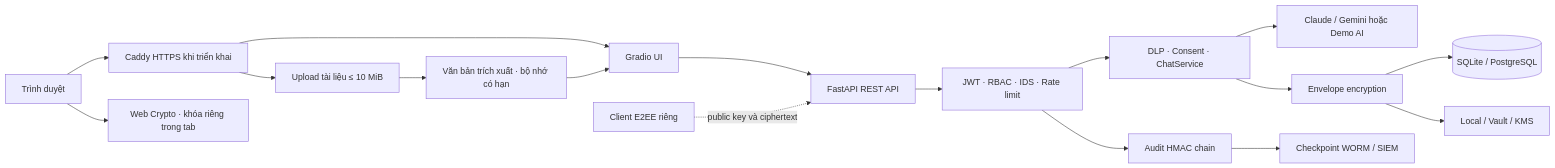
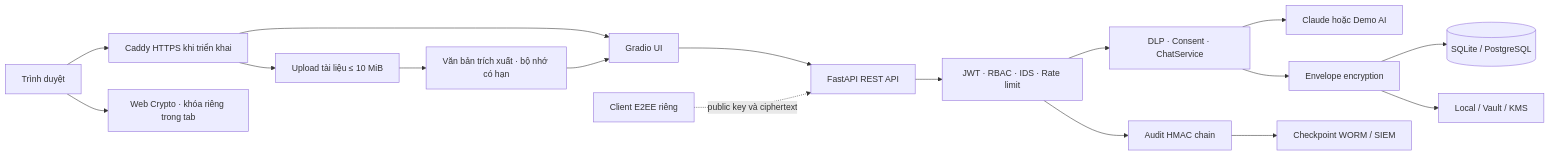
One commit to nguyentuanthien2384/Secure_Conversational_Application_Platform changed the diagram in README.md. Above: the diagram before and after it, drawn with Mermaid. The commit also changed other lines of this file and 46 other files, not shown here.

````diff
--- a/README.md
+++ b/README.md
@@ -181,19 +181,19 @@
 ```mermaid
 flowchart LR
     Browser[Trình duyệt] --> Edge[Caddy HTTPS khi triển khai]
     Browser --> LocalCrypto[Web Crypto · khóa riêng trong tab]
     Edge --> UI[Gradio UI]
     Edge --> Upload[Upload tài liệu ≤ 10 MiB]
     Upload --> FileStore[Văn bản trích xuất · bộ nhớ có hạn]
     FileStore --> UI
     UI --> API[FastAPI REST API]
     API --> Guard[JWT · RBAC · IDS · Rate limit]
     Guard --> Policy[DLP · Consent · ChatService]
-    Policy --> AI[Claude / Gemini hoặc Demo AI]
+    Policy --> AI[Claude hoặc Demo AI]
     Policy --> Crypto[Envelope encryption]
     Crypto --> DB[(SQLite / PostgreSQL)]
     Crypto --> KMS[Local / Vault / KMS]
     Guard --> Audit[Audit HMAC chain]
     Audit --> WORM[Checkpoint WORM / SIEM]
     E2EE[Client E2EE riêng] -. public key và ciphertext .-> API
 ```
````
